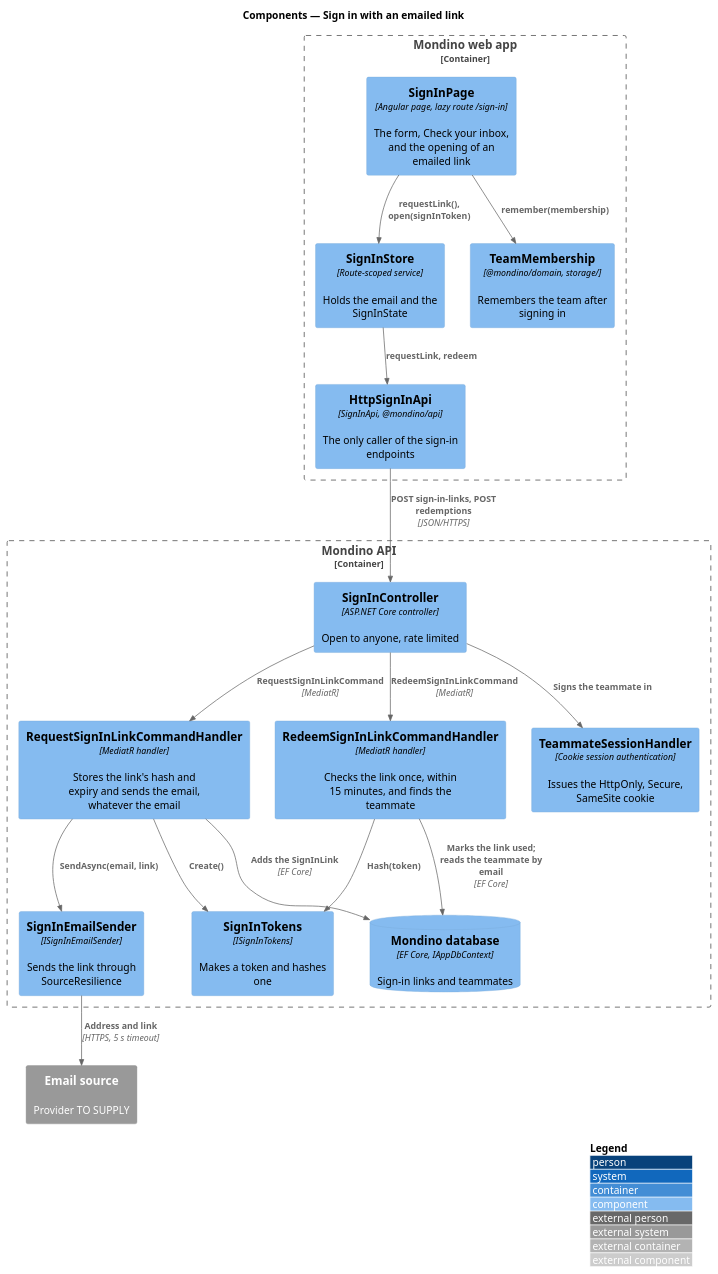
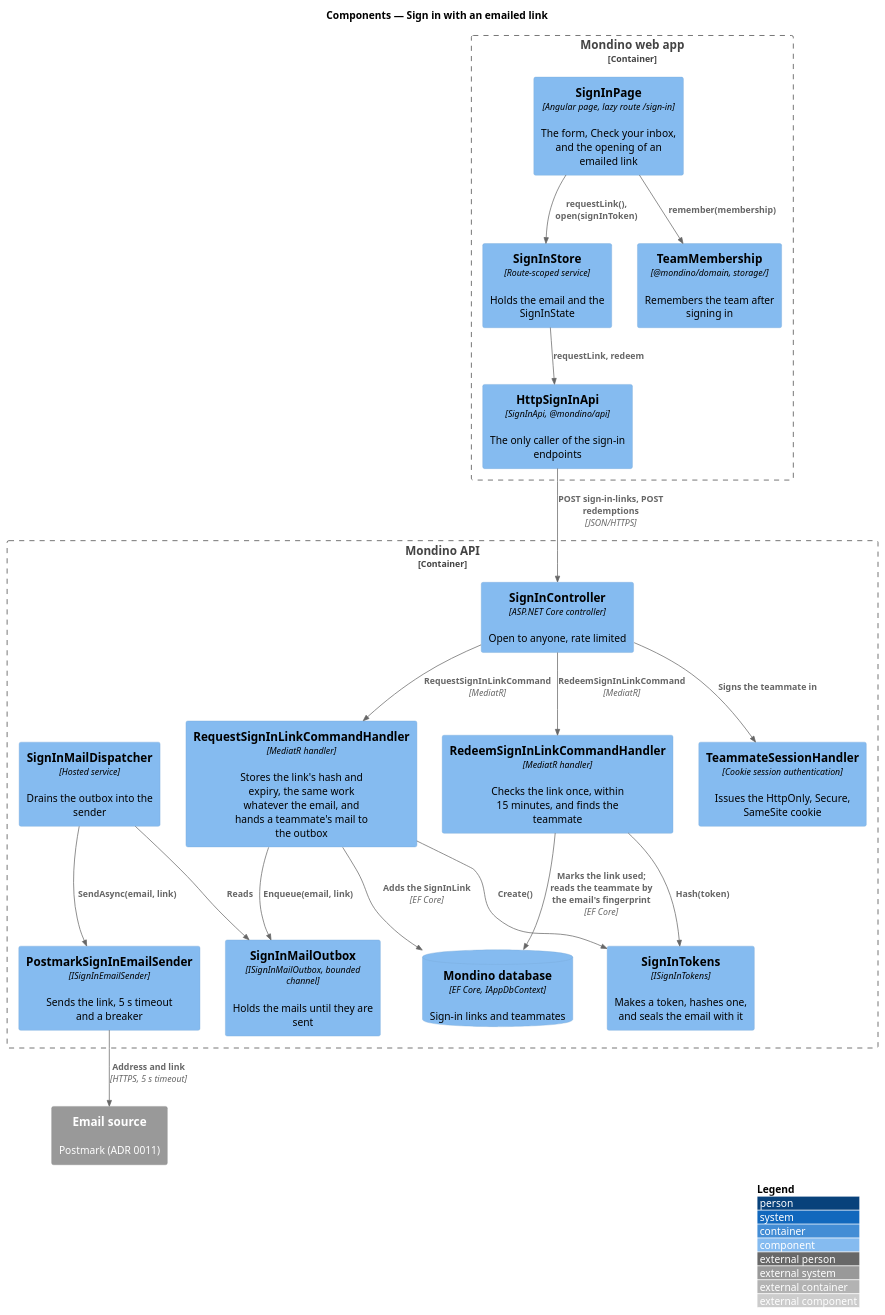
Before and after one commit to QuinntyneBrown/Mondino: the diagram in docs/detailed-designs/joining/sign-in/diagrams/c4-component.puml, drawn with PlantUML. The commit also changed 20 other files, not shown here.

Commit message:
Decide the sign-in email sender, the link and its sealed email, and bring the sign-in design in line

```diff
--- a/docs/detailed-designs/joining/sign-in/diagrams/c4-component.puml
+++ b/docs/detailed-designs/joining/sign-in/diagrams/c4-component.puml
@@ -1,36 +1,40 @@
 @startuml
 !include <C4/C4_Component>
 LAYOUT_WITH_LEGEND()
 title Components — Sign in with an emailed link
 
 Container_Boundary(web, "Mondino web app") {
   Component(page, "SignInPage", "Angular page, lazy route /sign-in", "The form, Check your inbox, and the opening of an emailed link")
   Component(store, "SignInStore", "Route-scoped service", "Holds the email and the SignInState")
   Component(client, "HttpSignInApi", "SignInApi, @mondino/api", "The only caller of the sign-in endpoints")
   Component(membership, "TeamMembership", "@mondino/domain, storage/", "Remembers the team after signing in")
 }
 Container_Boundary(api, "Mondino API") {
   Component(ctrl, "SignInController", "ASP.NET Core controller", "Open to anyone, rate limited")
-  Component(request, "RequestSignInLinkCommandHandler", "MediatR handler", "Stores the link's hash and expiry and sends the email, whatever the email")
+  Component(request, "RequestSignInLinkCommandHandler", "MediatR handler", "Stores the link's hash and expiry, the same work whatever the email, and hands a teammate's mail to the outbox")
   Component(redeem, "RedeemSignInLinkCommandHandler", "MediatR handler", "Checks the link once, within 15 minutes, and finds the teammate")
-  Component(tokens, "SignInTokens", "ISignInTokens", "Makes a token and hashes one")
-  Component(sender, "SignInEmailSender", "ISignInEmailSender", "Sends the link through SourceResilience")
+  Component(tokens, "SignInTokens", "ISignInTokens", "Makes a token, hashes one, and seals the email with it")
+  Component(outbox, "SignInMailOutbox", "ISignInMailOutbox, bounded channel", "Holds the mails until they are sent")
+  Component(dispatcher, "SignInMailDispatcher", "Hosted service", "Drains the outbox into the sender")
+  Component(sender, "PostmarkSignInEmailSender", "ISignInEmailSender", "Sends the link, 5 s timeout and a breaker")
   Component(session, "TeammateSessionHandler", "Cookie session authentication", "Issues the HttpOnly, Secure, SameSite cookie")
   ComponentDb(db, "Mondino database", "EF Core, IAppDbContext", "Sign-in links and teammates")
 }
-System_Ext(email, "Email source", "Provider TO SUPPLY")
+System_Ext(email, "Email source", "Postmark (ADR 0011)")
 
 Rel(page, store, "requestLink(), open(signInToken)")
 Rel(store, client, "requestLink, redeem")
 Rel(page, membership, "remember(membership)")
 Rel(client, ctrl, "POST sign-in-links, POST redemptions", "JSON/HTTPS")
 Rel(ctrl, request, "RequestSignInLinkCommand", "MediatR")
 Rel(ctrl, redeem, "RedeemSignInLinkCommand", "MediatR")
 Rel(request, tokens, "Create()")
 Rel(redeem, tokens, "Hash(token)")
-Rel(request, sender, "SendAsync(email, link)")
+Rel(request, outbox, "Enqueue(email, link)")
+Rel(dispatcher, outbox, "Reads")
+Rel(dispatcher, sender, "SendAsync(email, link)")
 Rel(sender, email, "Address and link", "HTTPS, 5 s timeout")
 Rel(request, db, "Adds the SignInLink", "EF Core")
-Rel(redeem, db, "Marks the link used; reads the teammate by email", "EF Core")
+Rel(redeem, db, "Marks the link used; reads the teammate by the email's fingerprint", "EF Core")
 Rel(ctrl, session, "Signs the teammate in")
 @enduml
```
